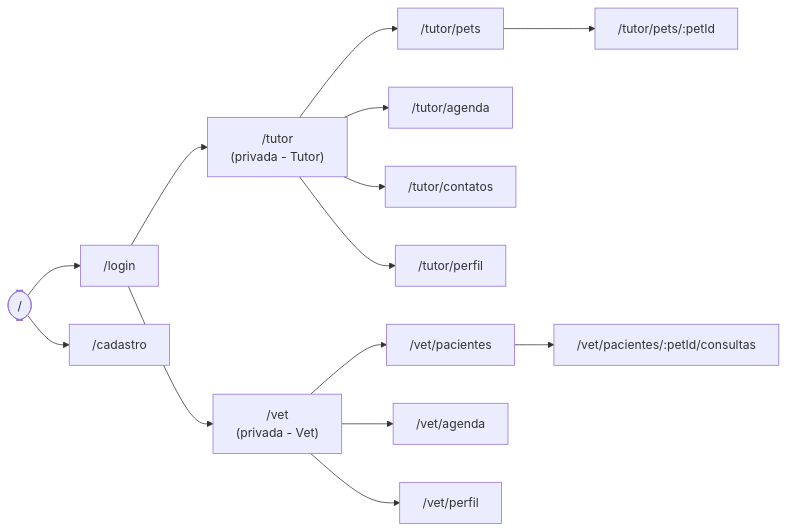
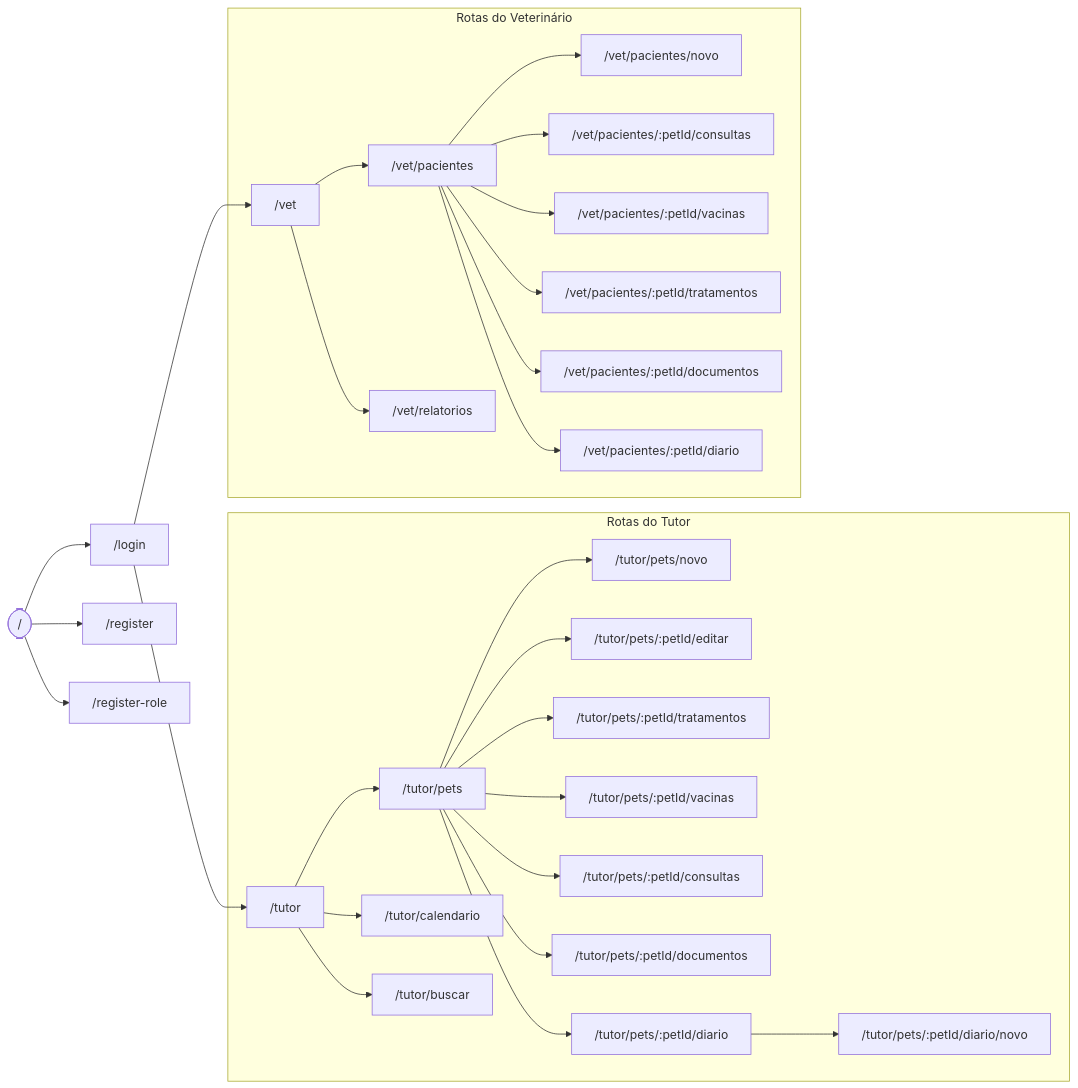
The fourth of 4 diagrams in docs-frontend-web-fluxo-wireframes.md (LaraPaulaSilva/petlife2copia), drawn with Mermaid before and after one commit. The commit also changed other lines of this file, not shown here.

Commit message:
docs: refaz fluxograma (estilo 3 blocos) e wireframes fiéis às rotas reais do frontend

````diff
--- a/docs-frontend-web-fluxo-wireframes.md
+++ b/docs-frontend-web-fluxo-wireframes.md
@@ -117,19 +129,34 @@
 ```mermaid
 flowchart LR
-    root(["/"]) --> login["/login"]
-    root --> signup["/cadastro"]
+    home(["/"]) --> login["/login"]
+    home --> register["/register"]
+    home --> registerRole["/register-role"]
 
-    login --> tutor["/tutor<br/>(privada - Tutor)"]
-    login --> vet["/vet<br/>(privada - Vet)"]
+    login --> tutor["/tutor"]
+    login --> vet["/vet"]
 
-    tutor --> tpets["/tutor/pets"]
-    tpets --> tpet["/tutor/pets/:petId"]
-    tutor --> tagenda["/tutor/agenda"]
-    tutor --> tcontatos["/tutor/contatos"]
-    tutor --> tperfil["/tutor/perfil"]
+    subgraph TUTOR [Rotas do Tutor]
+        tutor --> tpets["/tutor/pets"]
+        tpets --> tnovo["/tutor/pets/novo"]
+        tpets --> teditar["/tutor/pets/:petId/editar"]
+        tpets --> ttrat["/tutor/pets/:petId/tratamentos"]
+        tpets --> tvac["/tutor/pets/:petId/vacinas"]
+        tpets --> tcons["/tutor/pets/:petId/consultas"]
+        tpets --> tdoc["/tutor/pets/:petId/documentos"]
+        tpets --> tdiario["/tutor/pets/:petId/diario"]
+        tdiario --> tdiarionovo["/tutor/pets/:petId/diario/novo"]
+        tutor --> tcal["/tutor/calendario"]
+        tutor --> tbuscar["/tutor/buscar"]
+    end
 
-    vet --> vpac["/vet/pacientes"]
-    vpac --> vpront["/vet/pacientes/:petId/consultas"]
-    vet --> vagenda["/vet/agenda"]
-    vet --> vperfil["/vet/perfil"]
+    subgraph VET [Rotas do Veterinário]
+        vet --> vpac["/vet/pacientes"]
+        vpac --> vnovo["/vet/pacientes/novo"]
+        vpac --> vcons["/vet/pacientes/:petId/consultas"]
+        vpac --> vvac["/vet/pacientes/:petId/vacinas"]
+        vpac --> vtrat["/vet/pacientes/:petId/tratamentos"]
+        vpac --> vdoc["/vet/pacientes/:petId/documentos"]
+        vpac --> vdiario["/vet/pacientes/:petId/diario"]
+        vet --> vrel["/vet/relatorios"]
+    end
 ```
````
